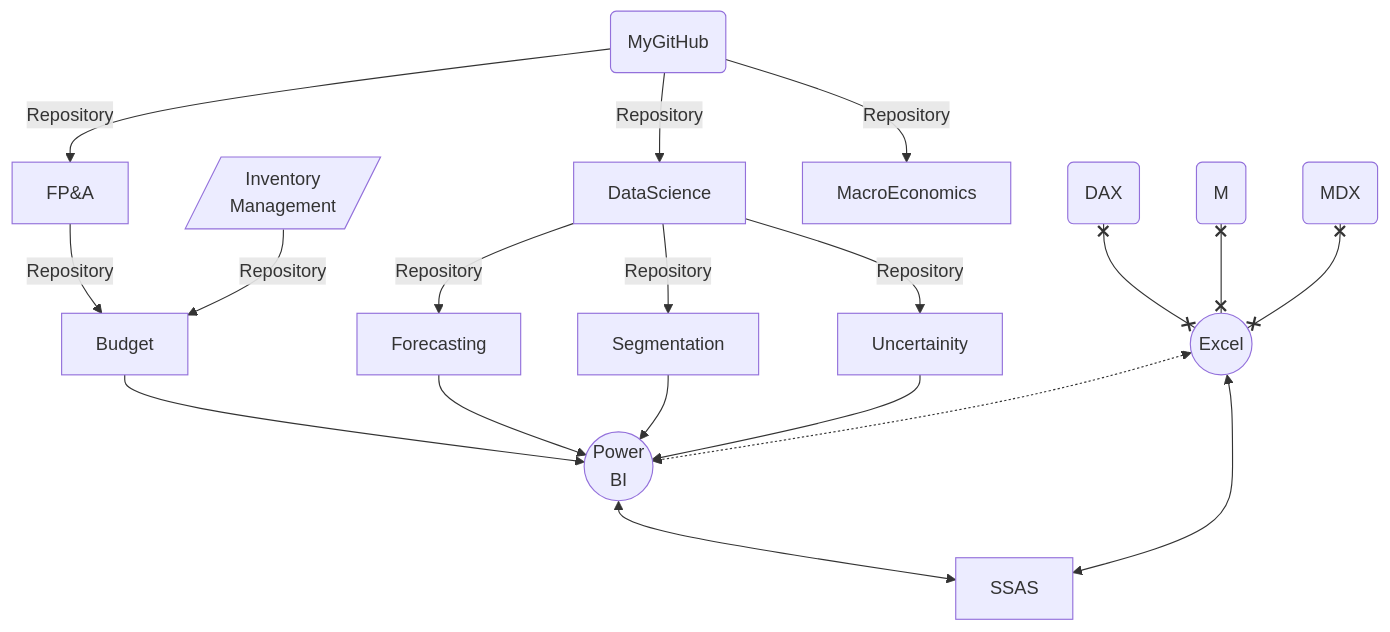
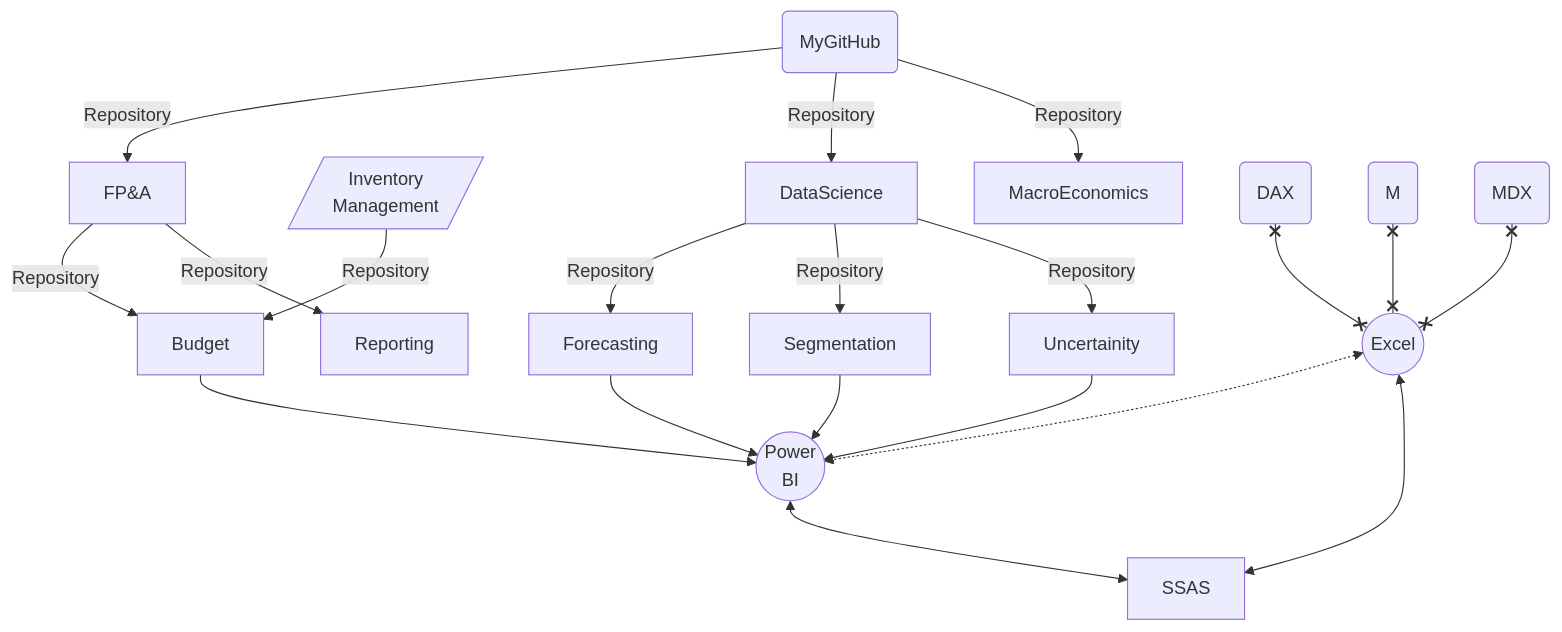
Before and after one commit to md3629/md3629: the diagram in README.md, drawn with Mermaid.

````diff
--- a/README.md
+++ b/README.md
@@ -4,21 +4,22 @@
 ```mermaid
 graph TD;
     my(MyGitHub)-->|Repository|FP&A;
     Inv[/Inventory<br>Management/]-->|Repository|Budget;
     FP&A-->|Repository|Budget;
+    FP&A-->|Repository|Reporting;
     my(MyGitHub)-->|Repository|DataScience;
     my(MyGitHub)-->|Repository|MacroEconomics;
     DataScience--Repository-->Forecasting;
     DataScience--Repository-->Segmentation;
     DataScience--Repository-->Uncertainity;
     Uncertainity-->P((Power<br>BI));
     Forecasting-->P((Power<br>BI));
     Segmentation-->P((Power<br>BI));
     Budget-->P((Power<br>BI));
     D(DAX)x--xE((Excel));
     M(M)x--xE((Excel));
     E((Excel))<-.->P((Power<br>BI));
     A(MDX)x--xE((Excel));
     E((Excel))<-->SSAS;
     P((Power<br>BI))<-->SSAS;
 ```
````
